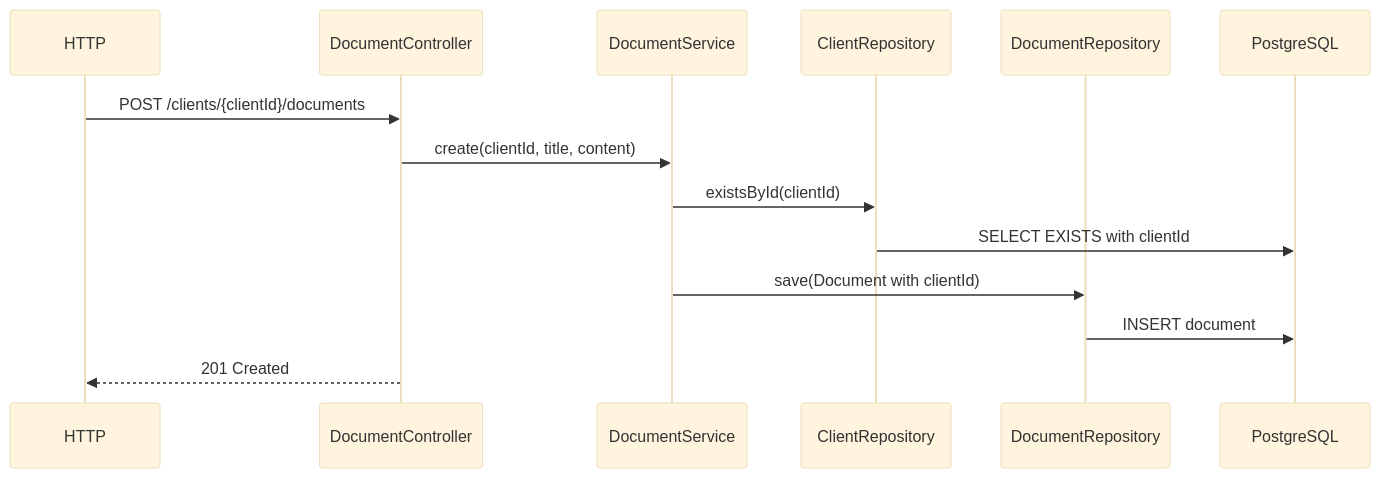
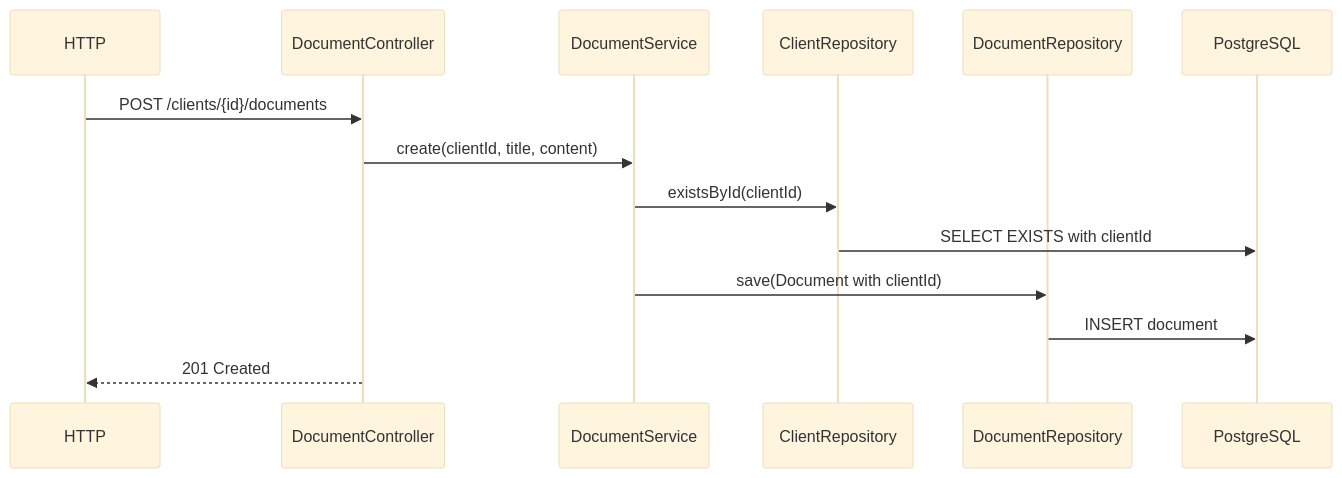
The second of 2 diagrams in docs/ARCHITECTURE.md (novovandrey/nevis-search-service), drawn with Mermaid (base theme) before and after one commit. The commit also changed other lines of this file and 5 other files, not shown here.

````diff
--- a/docs/ARCHITECTURE.md
+++ b/docs/ARCHITECTURE.md
@@ -252,17 +252,17 @@
 ```mermaid
 sequenceDiagram
     participant HTTP
     participant Controller as DocumentController
     participant Service as DocumentService
     participant Clients as ClientRepository
     participant Documents as DocumentRepository
     participant DB as PostgreSQL
 
-    HTTP->>Controller: POST /clients/{clientId}/documents
+    HTTP->>Controller: POST /clients/{id}/documents
     Controller->>Service: create(clientId, title, content)
     Service->>Clients: existsById(clientId)
     Clients->>DB: SELECT EXISTS with clientId
     Service->>Documents: save(Document with clientId)
     Documents->>DB: INSERT document
     Controller-->>HTTP: 201 Created
 ```
````
